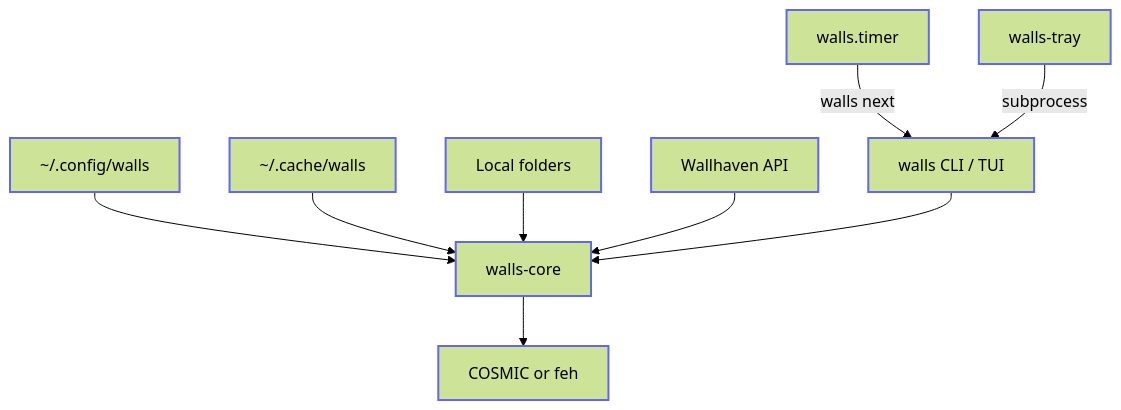
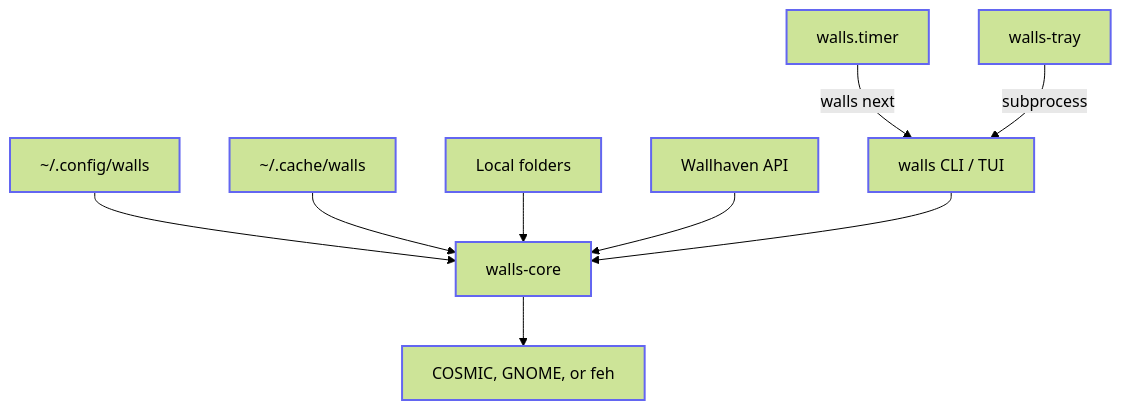
One commit to willfish/walls changed the diagram in docs/diagrams/architecture.mmd. Above: the diagram before and after it, drawn with Mermaid (forest theme). The commit also changed 7 other files, not shown here.

Commit message:
feat: add GNOME apply backend (#71)

```diff
--- a/docs/diagrams/architecture.mmd
+++ b/docs/diagrams/architecture.mmd
@@ -1,22 +1,22 @@
 flowchart TD
     CONFIG["~/.config/walls"]
     CACHE["~/.cache/walls"]
     LOCAL[Local folders]
     WH[Wallhaven API]
     TIMER[walls.timer]
     TRAY[walls-tray]
     CLI["walls CLI / TUI"]
     CORE[walls-core]
-    APPLY["COSMIC or feh"]
+    APPLY["COSMIC, GNOME, or feh"]
 
     TIMER -->|walls next| CLI
     TRAY -->|subprocess| CLI
     CONFIG --> CORE
     CACHE --> CORE
     LOCAL --> CORE
     WH --> CORE
     CLI --> CORE
     CORE --> APPLY
 
     classDef box stroke:#6366f1,stroke-width:2px
     class CONFIG,CACHE,LOCAL,WH,TIMER,TRAY,CLI,CORE,APPLY box
```
